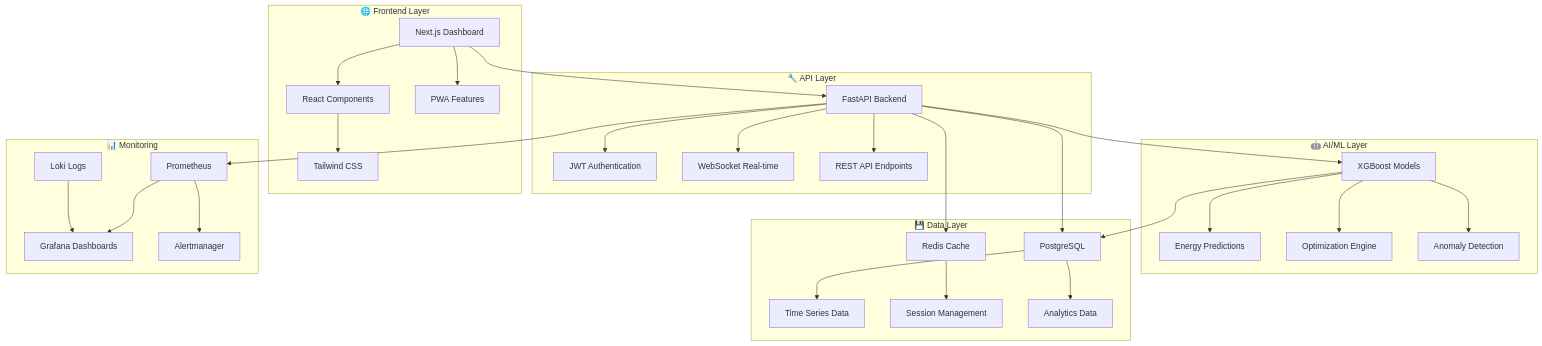
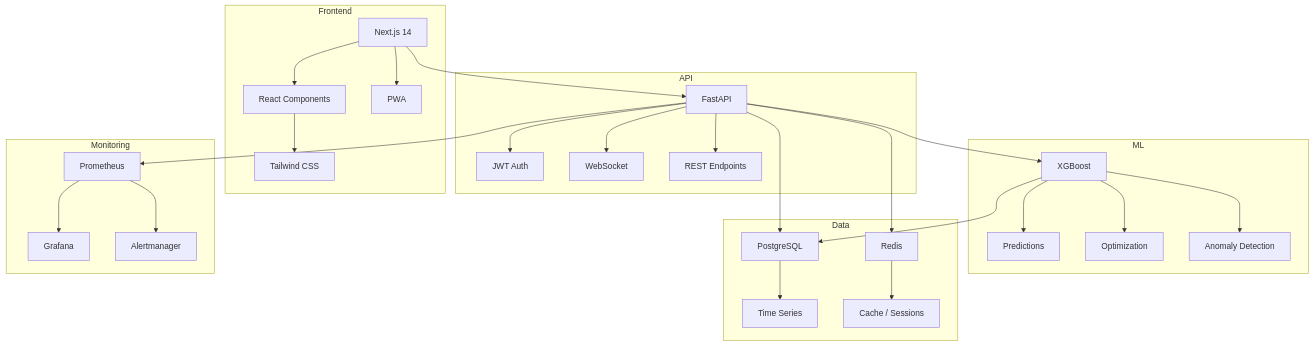
Before and after one commit to vinsblack/energy-optimizer-pro: the diagram in README.md, drawn with Mermaid. The commit also changed other lines of this file, not shown here.

````diff
--- a/README.md
+++ b/README.md
@@ -159,39 +33,32 @@
 ```mermaid
 graph TB
-    subgraph "🌐 Frontend Layer"
-        A[Next.js Dashboard] --> B[React Components]
+    subgraph Frontend
+        A[Next.js 14] --> B[React Components]
         B --> C[Tailwind CSS]
-        A --> D[PWA Features]
+        A --> D[PWA]
     end
-    
-    subgraph "🔧 API Layer"
-        E[FastAPI Backend] --> F[JWT Authentication]
-        E --> G[WebSocket Real-time]
-        E --> H[REST API Endpoints]
+    subgraph API
+        E[FastAPI] --> F[JWT Auth]
+        E --> G[WebSocket]
+        E --> H[REST Endpoints]
     end
-    
-    subgraph "🤖 AI/ML Layer"
-        I[XGBoost Models] --> J[Energy Predictions]
-        I --> K[Optimization Engine]
+    subgraph ML
+        I[XGBoost] --> J[Predictions]
+        I --> K[Optimization]
         I --> L[Anomaly Detection]
     end
-    
-    subgraph "💾 Data Layer"
-        M[PostgreSQL] --> N[Time Series Data]
-        O[Redis Cache] --> P[Session Management]
-        M --> Q[Analytics Data]
+    subgraph Data
+        M[PostgreSQL] --> N[Time Series]
+        O[Redis] --> P[Cache / Sessions]
     end
-    
-    subgraph "📊 Monitoring"
-        R[Prometheus] --> S[Grafana Dashboards]
+    subgraph Monitoring
+        R[Prometheus] --> S[Grafana]
         R --> T[Alertmanager]
-        U[Loki Logs] --> S
     end
-    
     A --> E
     E --> I
     E --> M
     E --> O
     I --> M
     E --> R
 ```
````
